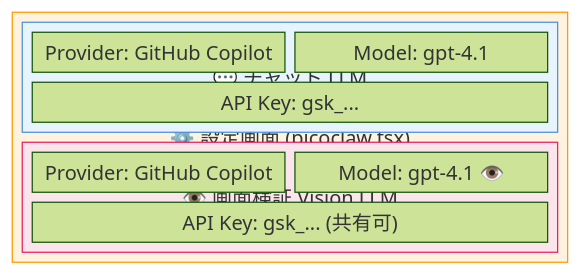
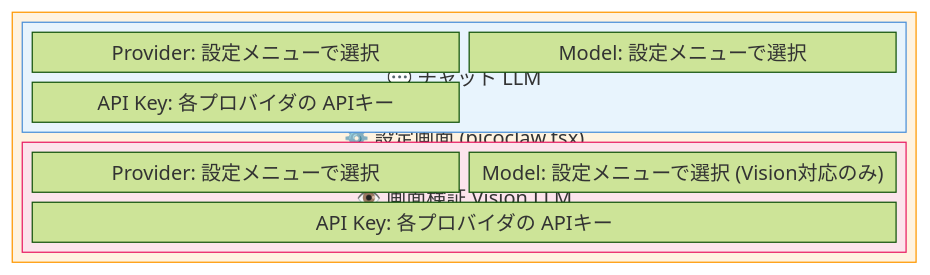
One commit to sipeed/NanoKVM-USB changed the tenth of 11 diagrams in desktop/docs/picoclaw-lock-login-spec.md. Above: the diagram before and after it, drawn with Mermaid (forest theme). The commit also changed other lines of this file and 3 other files, not shown here.

First line of the commit message:
docs: update spec diagrams to show configurable LLM settings, add PDF

````diff
--- a/desktop/docs/picoclaw-lock-login-spec.md
+++ b/desktop/docs/picoclaw-lock-login-spec.md
@@ -1600,23 +1600,23 @@
 ```mermaid
 block-beta
     columns 1
     block:settings["⚙️ 設定画面 (picoclaw.tsx)"]
         columns 2
         block:chat["💬 チャット LLM"]:2
             columns 2
-            chatProvider["Provider: GitHub Copilot"]
-            chatModel["Model: gpt-4.1"]
-            chatKey["API Key: gsk_..."]:2
+            chatProvider["Provider: 設定メニューで選択"]
+            chatModel["Model: 設定メニューで選択"]
+            chatKey["API Key: 各プロバイダの APIキー"]:2
         end
         block:vision["👁️ 画面検証 Vision LLM"]:2
             columns 2
-            visionProvider["Provider: GitHub Copilot"]
-            visionModel["Model: gpt-4.1 👁️"]
-            visionKey["API Key: gsk_... (共有可)"]:2
+            visionProvider["Provider: 設定メニューで選択"]
+            visionModel["Model: 設定メニューで選択 (Vision対応のみ)"]
+            visionKey["API Key: 各プロバイダの APIキー"]:2
         end
     end
 
     style settings fill:#fff3e0,stroke:#ff9800
     style chat fill:#e8f4fd,stroke:#4a90d9
     style vision fill:#fce4ec,stroke:#e91e63
 ```
````
